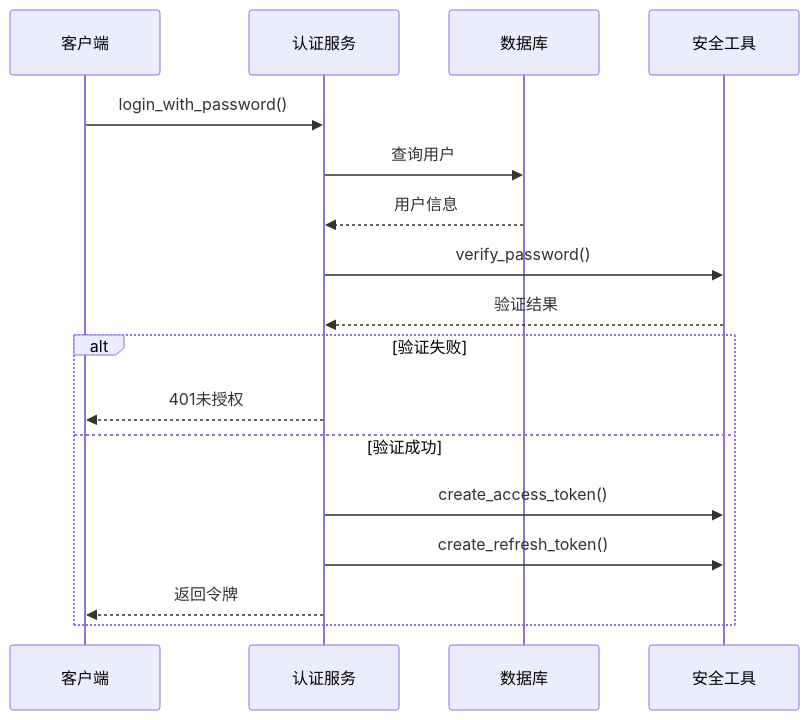
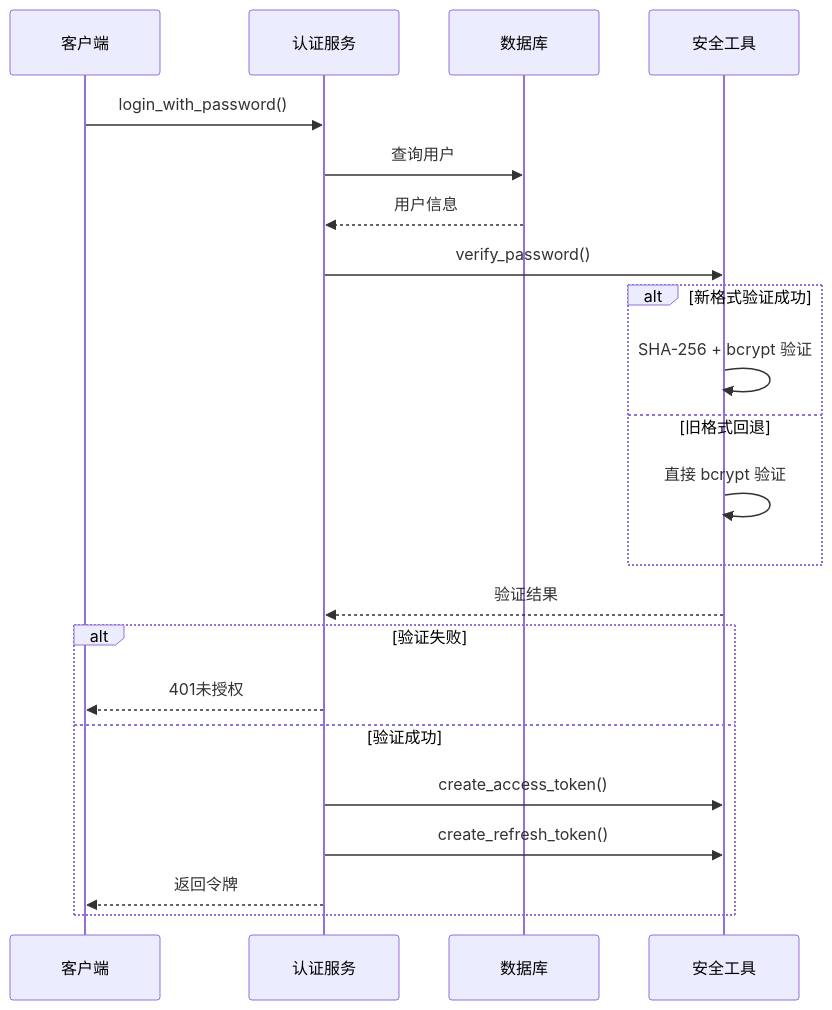
The eighth of 11 diagrams in .qoder/repowiki/zh/content/安全和认证/密码哈希与验证.md (selectzhangyuan/AI-photo-coach), drawn with Mermaid before and after one commit. The commit also changed other lines of this file and 28 other files, not shown here.

````diff
--- a/.qoder/repowiki/zh/content/安全和认证/密码哈希与验证.md
+++ b/.qoder/repowiki/zh/content/安全和认证/密码哈希与验证.md
@@ -288,19 +332,24 @@
 ```mermaid
 sequenceDiagram
 participant Client as 客户端
 participant Service as 认证服务
 participant DB as 数据库
 participant Security as 安全工具
 Client->>Service : login_with_password()
 Service->>DB : 查询用户
 DB-->>Service : 用户信息
 Service->>Security : verify_password()
+alt 新格式验证成功
+Security->>Security : SHA-256 + bcrypt 验证
+else 旧格式回退
+Security->>Security : 直接 bcrypt 验证
+end
 Security-->>Service : 验证结果
 alt 验证失败
 Service-->>Client : 401未授权
 else 验证成功
 Service->>Security : create_access_token()
 Service->>Security : create_refresh_token()
 Service-->>Client : 返回令牌
 end
 ```
````
